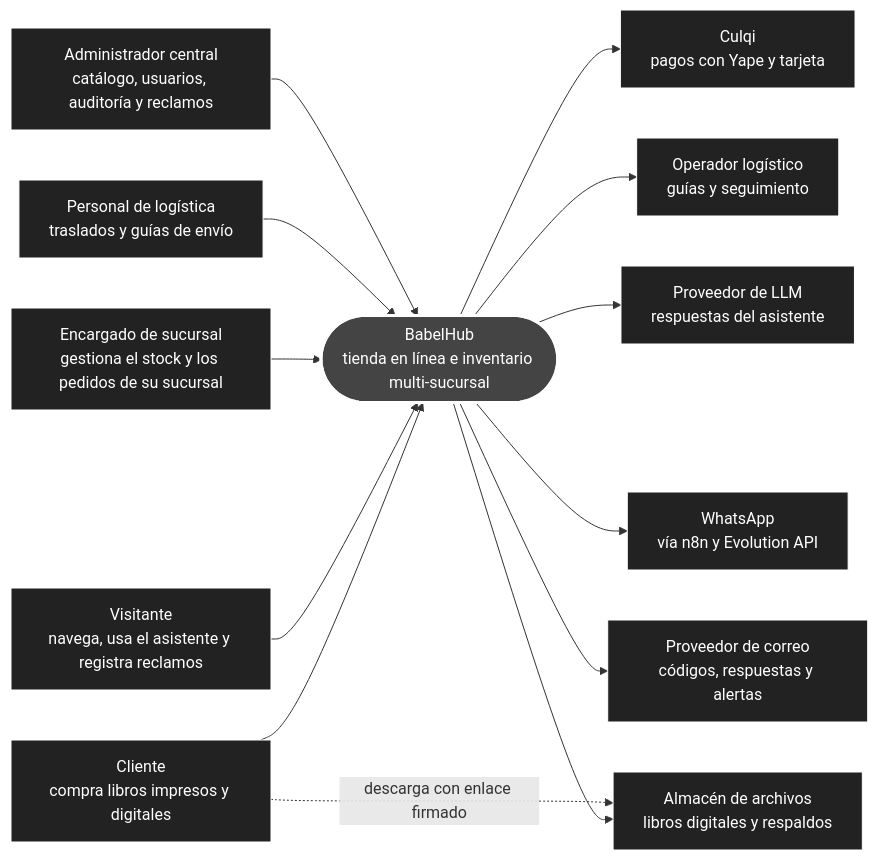
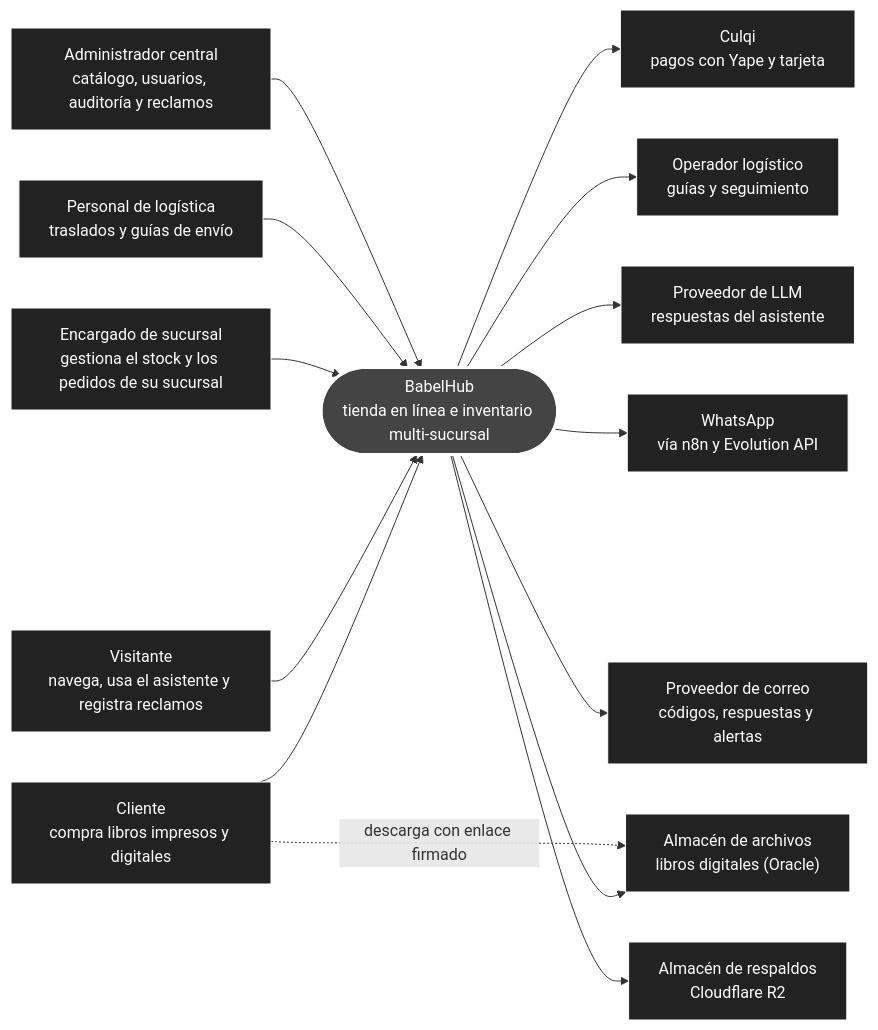
Before and after one commit to P35C4D0R4B1050/BabelHub: the first of 2 diagrams in docs/04-modelo-c4/01-contexto-y-contenedores.md, drawn with Mermaid. The commit also changed other lines of this file and 75 other files, not shown here.

````diff
--- a/docs/04-modelo-c4/01-contexto-y-contenedores.md
+++ b/docs/04-modelo-c4/01-contexto-y-contenedores.md
@@ -7,35 +7,37 @@
 ```mermaid
 flowchart LR
 CLI["Cliente<br/>compra libros impresos y digitales"]
 VIS["Visitante<br/>navega, usa el asistente y registra reclamos"]
 ENC["Encargado de sucursal<br/>gestiona el stock y los pedidos de su sucursal"]
 LOG["Personal de logística<br/>traslados y guías de envío"]
 ADM["Administrador central<br/>catálogo, usuarios, auditoría y reclamos"]
 
 BH(["BabelHub<br/>tienda en línea e inventario multi-sucursal"])
 
 PAG["Culqi<br/>pagos con Yape y tarjeta"]
 ENV["Operador logístico<br/>guías y seguimiento"]
 LLM["Proveedor de LLM<br/>respuestas del asistente"]
 WA["WhatsApp<br/>vía n8n y Evolution API"]
 COR["Proveedor de correo<br/>códigos, respuestas y alertas"]
-ALM["Almacén de archivos<br/>libros digitales y respaldos"]
+ALM["Almacén de archivos<br/>libros digitales (Oracle)"]
+RESP["Almacén de respaldos<br/>Cloudflare R2"]
 
 CLI --> BH
 VIS --> BH
 ENC --> BH
 LOG --> BH
 ADM --> BH
 BH --> PAG
 BH --> ENV
 BH --> LLM
 BH --> WA
 BH --> COR
 BH --> ALM
+BH --> RESP
 CLI -.->|"descarga con enlace firmado"| ALM
 
 classDef n fill:#222,stroke:#fff,color:#fff
 classDef s fill:#444,stroke:#fff,stroke-width:3px,color:#fff
-class CLI,VIS,ENC,LOG,ADM,PAG,ENV,LLM,WA,COR,ALM n
+class CLI,VIS,ENC,LOG,ADM,PAG,ENV,LLM,WA,COR,ALM,RESP n
 class BH s
 ```
````
